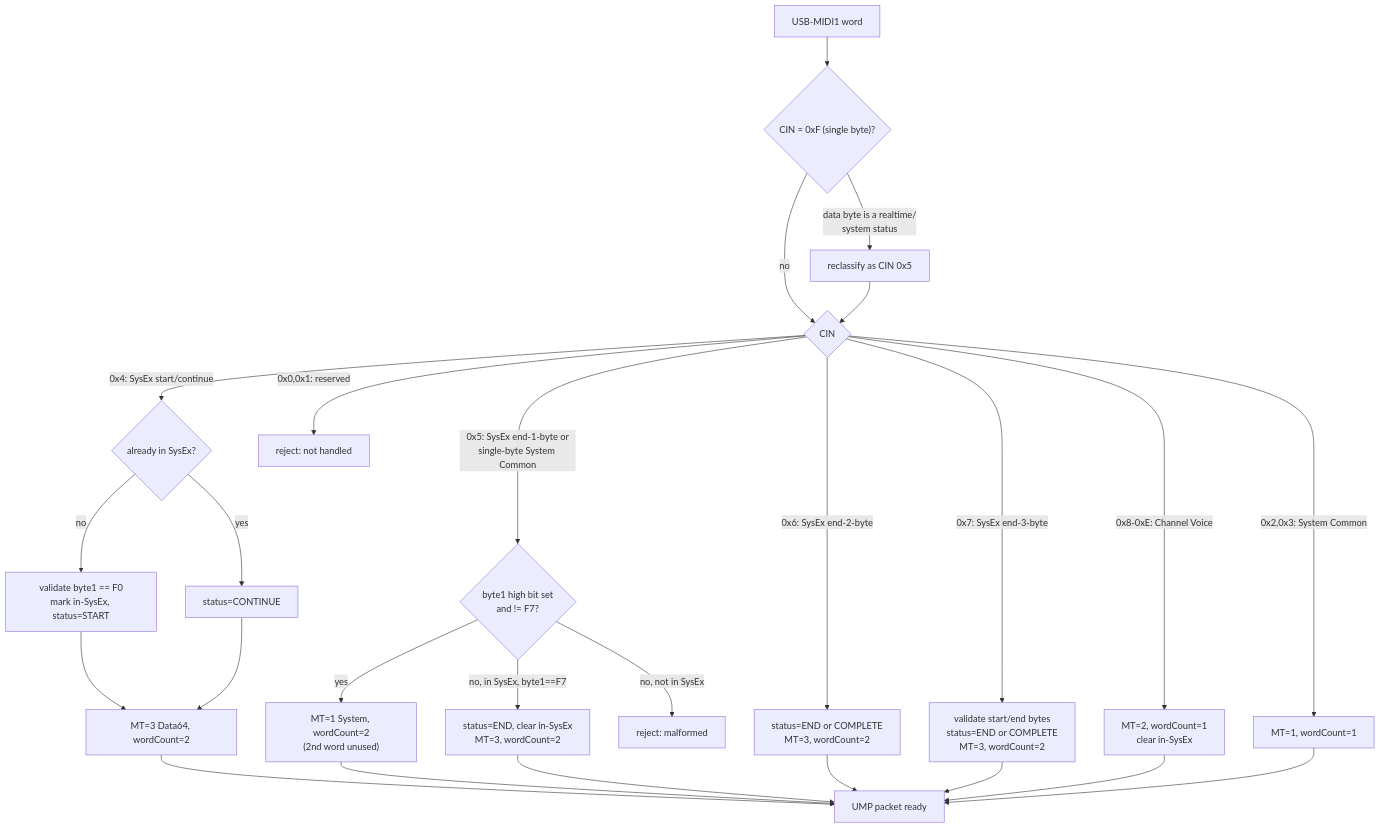
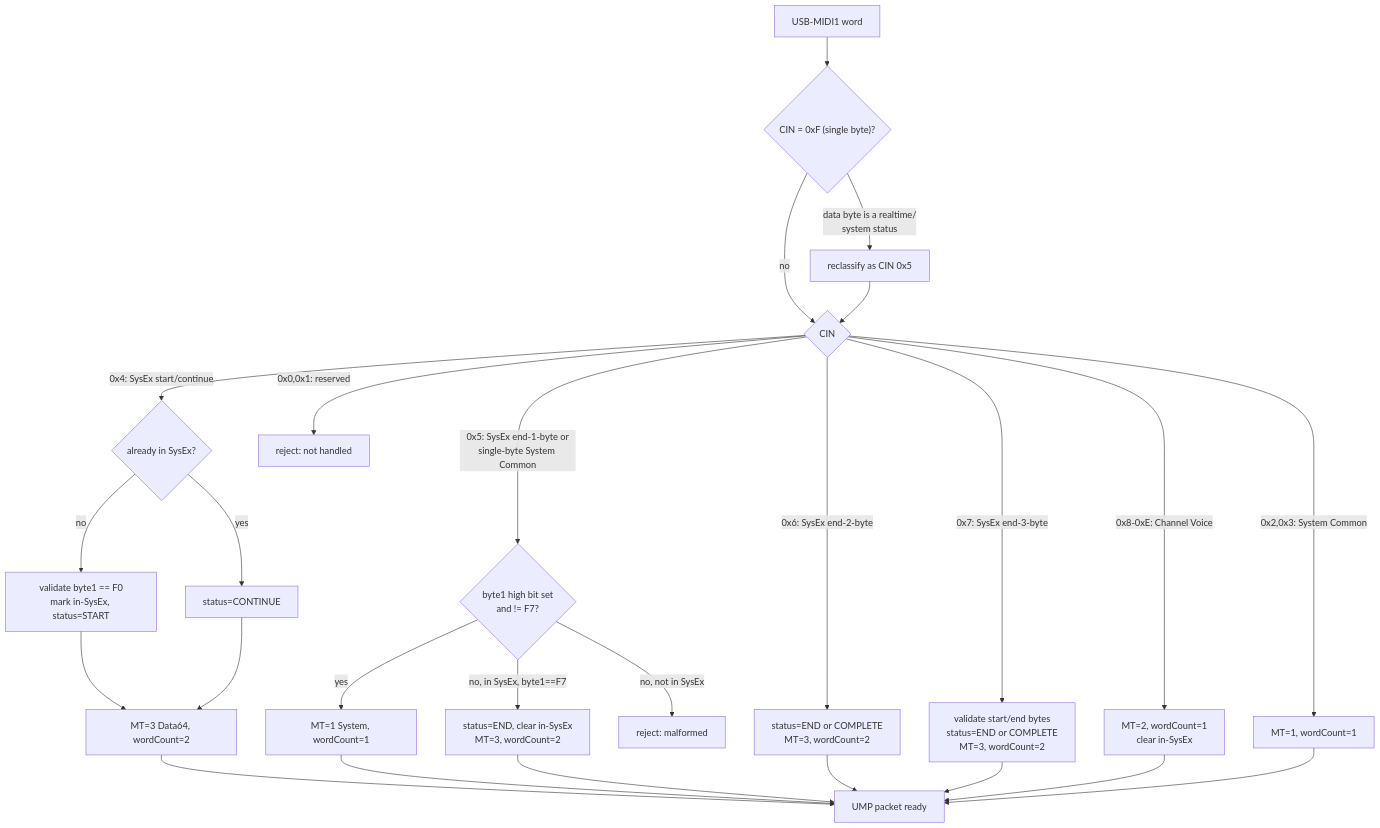
Before and after one commit to midi2-dev/tusb_ump: the first of 2 diagrams in README.md, drawn with Mermaid. The commit also changed 2 other files, not shown here.

Commit message:
Fix single-byte System Common/real-time messages emitting a spurious 2nd word
tud_USBMIDI1ToUMP() shared a wordCount=2 code path (COMPLETE_1BYTE)
between the genuine SysEx-end-1-byte completion (a 64-bit UMP data
message, correctly 2 words) and single-byte System Common/real-time
messages reassigned from CIN 0xF (Timing Clock, Start, Continue,
Stop, Active Sensing, Reset, Tune Request, and the undefined
F4/F5/F9/FD statuses). A UMP System message (MT=1) is one 32-bit
word, so every one of these was followed by a spurious all-zero UMP
word on the legacy alt-0 read path.

Give the System Common/real-time case its own wordCount=1 instead of
falling into the shared 2-word label. Also updates the read loop's
peek-ahead word-count estimate so it stops expecting 2 output slots
for this reassigned case, keeping it consistent with the fix.

Fixes #23

````diff
--- a/README.md
+++ b/README.md
@@ -63,28 +63,28 @@
 ```mermaid
 flowchart TD
     A[USB-MIDI1 word] --> B{"CIN = 0xF (single byte)?"}
     B -->|"data byte is a realtime/<br/>system status"| C["reclassify as CIN 0x5"]
     B -->|no| D{CIN}
     C --> D
     D -->|"0x4: SysEx start/continue"| E{already in SysEx?}
     E -->|no| F["validate byte1 == F0<br/>mark in-SysEx, status=START"]
     E -->|yes| G["status=CONTINUE"]
     F --> H["MT=3 Data64, wordCount=2"]
     G --> H
     D -->|"0x5: SysEx end-1-byte or<br/>single-byte System Common"| I{"byte1 high bit set<br/>and != F7?"}
-    I -->|yes| J["MT=1 System, wordCount=2<br/>(2nd word unused)"]
+    I -->|yes| J["MT=1 System, wordCount=1"]
     I -->|"no, in SysEx, byte1==F7"| K["status=END, clear in-SysEx<br/>MT=3, wordCount=2"]
     I -->|"no, not in SysEx"| L[reject: malformed]
     D -->|"0x6: SysEx end-2-byte"| M["status=END or COMPLETE<br/>MT=3, wordCount=2"]
     D -->|"0x7: SysEx end-3-byte"| N["validate start/end bytes<br/>status=END or COMPLETE<br/>MT=3, wordCount=2"]
     D -->|"0x8-0xE: Channel Voice"| O["MT=2, wordCount=1<br/>clear in-SysEx"]
     D -->|"0x2,0x3: System Common"| P["MT=1, wordCount=1"]
     D -->|"0x0,0x1: reserved"| Q[reject: not handled]
     H --> R[UMP packet ready]
     J --> R
     K --> R
     M --> R
     N --> R
     O --> R
     P --> R
 ```
````
